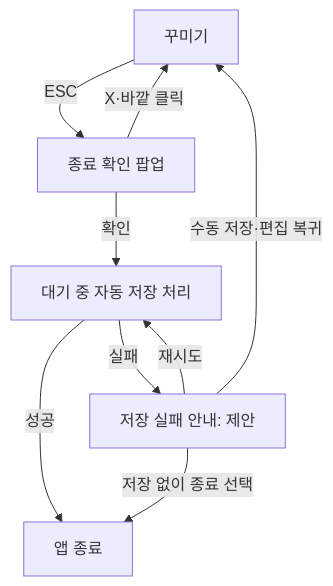
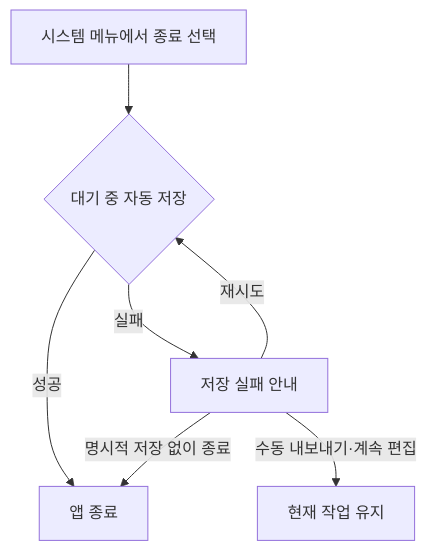
One commit to PieceOfPaper/MobiAtelier changed the third of 3 diagrams in Docs/ProgramFlow.md. Above: the diagram before and after it, drawn with Mermaid. The commit also changed other lines of this file and 23 other files, not shown here.

````diff
--- a/Docs/ProgramFlow.md
+++ b/Docs/ProgramFlow.md
@@ -54,11 +90,9 @@
 ```mermaid
 flowchart TD
-    A["꾸미기"] -->|ESC| B["종료 확인 팝업"]
-    B -->|X·바깥 클릭| A
-    B -->|확인| C["대기 중 자동 저장 처리"]
-    C -->|성공| D["앱 종료"]
-    C -->|실패| E["저장 실패 안내: 제안"]
-    E -->|재시도| C
-    E -->|수동 저장·편집 복귀| A
-    E -->|저장 없이 종료 선택| D
+    A["시스템 메뉴에서 종료 선택"] --> B{"대기 중 자동 저장"}
+    B -->|성공| C["앱 종료"]
+    B -->|실패| D["저장 실패 안내"]
+    D -->|재시도| B
+    D -->|수동 내보내기·계속 편집| E["현재 작업 유지"]
+    D -->|명시적 저장 없이 종료| C
 ```
````
